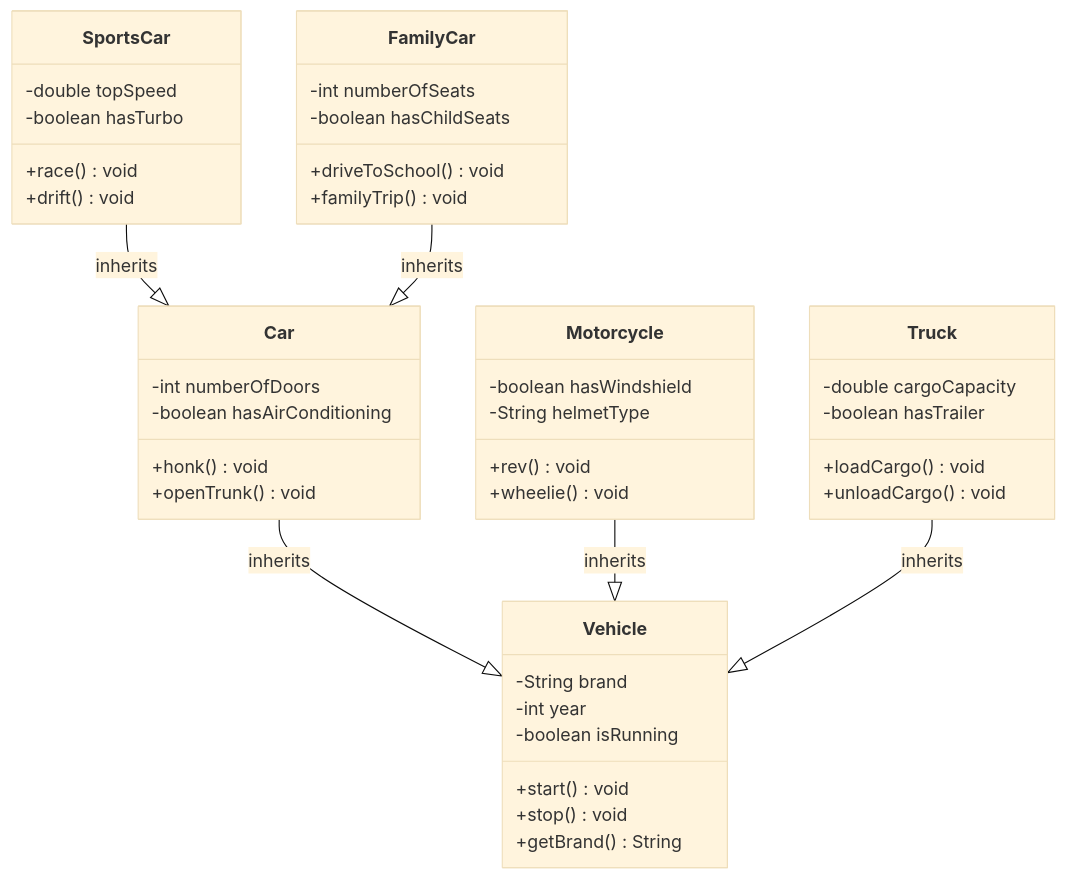
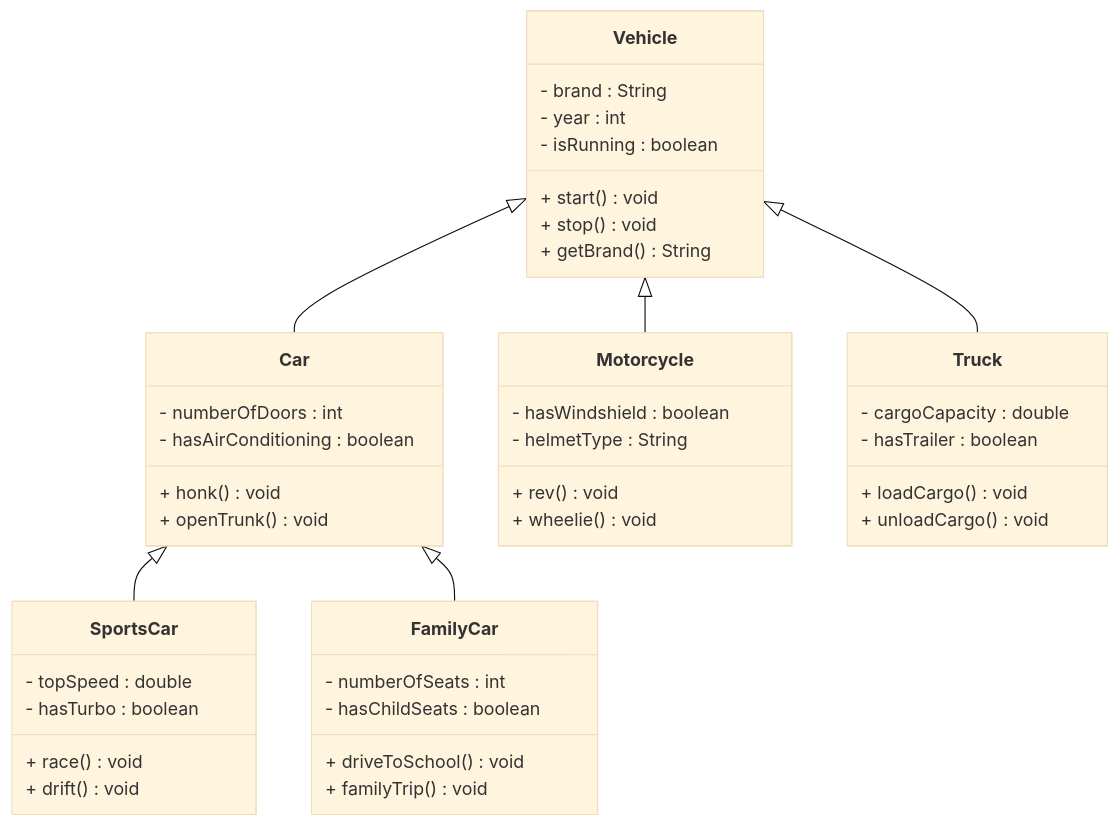
Before and after one commit to TroelsMortensen/Codelabs2: the third of 4 diagrams in Articles/Session 13 - Inheritance/004 UML.md, drawn with Mermaid (base theme). The commit also changed other lines of this file and 14 other files, not shown here.

````diff
--- a/Articles/Session 13 - Inheritance/004 UML.md
+++ b/Articles/Session 13 - Inheritance/004 UML.md
@@ -93,52 +107,52 @@
 ```mermaid
 classDiagram
     class Vehicle {
-        -String brand
-        -int year
-        -boolean isRunning
-        +start() void
-        +stop() void
-        +getBrand() String
+        - brand : String
+        - year : int
+        - isRunning : boolean
+        + start() void
+        + stop() void
+        + getBrand() String
     }
     
     class Car {
-        -int numberOfDoors
-        -boolean hasAirConditioning
-        +honk() void
-        +openTrunk() void
+        - numberOfDoors : int
+        - hasAirConditioning : boolean
+        + honk() void
+        + openTrunk() void
     }
     
     class Motorcycle {
-        -boolean hasWindshield
-        -String helmetType
-        +rev() void
-        +wheelie() void
+        - hasWindshield : boolean
+        - helmetType : String
+        + rev() void
+        + wheelie() void
     }
     
     class Truck {
-        -double cargoCapacity
-        -boolean hasTrailer
-        +loadCargo() void
-        +unloadCargo() void
+        - cargoCapacity : double
+        - hasTrailer : boolean
+        + loadCargo() void
+        + unloadCargo() void
     }
     
     class SportsCar {
-        -double topSpeed
-        -boolean hasTurbo
-        +race() void
-        +drift() void
+        - topSpeed : double
+        - hasTurbo : boolean
+        + race() void
+        + drift() void
     }
     
     class FamilyCar {
-        -int numberOfSeats
-        -boolean hasChildSeats
-        +driveToSchool() void
-        +familyTrip() void
+        - numberOfSeats : int
+        - hasChildSeats : boolean
+        + driveToSchool() void
+        + familyTrip() void
     }
     
-    Car --|> Vehicle : inherits
-    Motorcycle --|> Vehicle : inherits
-    Truck --|> Vehicle : inherits
-    SportsCar --|> Car : inherits
-    FamilyCar --|> Car : inherits
+    Vehicle <|-- Car    
+    Vehicle <|-- Motorcycle    
+    Vehicle <|-- Truck    
+    Car <|-- SportsCar    
+    Car <|-- FamilyCar
 ```
````
